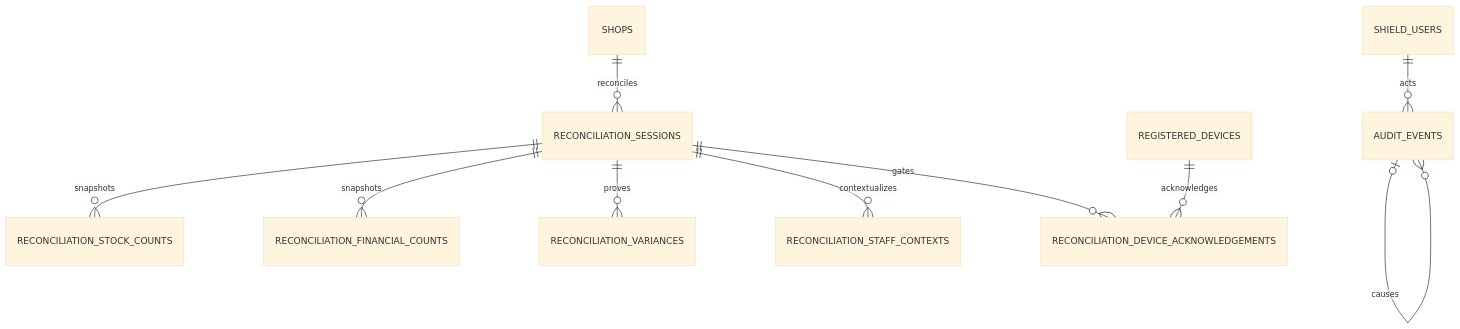
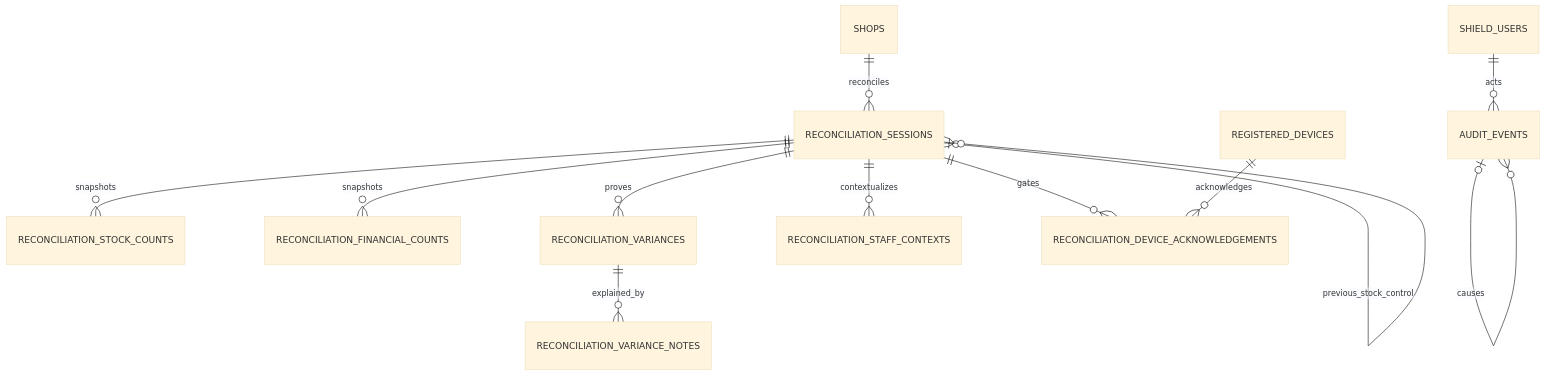
One commit to Al-siddiq/DawaTrack changed the fourth of 5 diagrams in docs/DawaTrack_Database_Schema_Design.md. Above: the diagram before and after it, drawn with Mermaid (base theme). The commit also changed other lines of this file, not shown here.

Commit message:
Refine database schema blueprint to v1.1

````diff
--- a/docs/DawaTrack_Database_Schema_Design.md
+++ b/docs/DawaTrack_Database_Schema_Design.md
@@ -865,12 +972,15 @@
 ```mermaid
 erDiagram
     SHOPS ||--o{ RECONCILIATION_SESSIONS : reconciles
     RECONCILIATION_SESSIONS ||--o{ RECONCILIATION_STOCK_COUNTS : snapshots
     RECONCILIATION_SESSIONS ||--o{ RECONCILIATION_FINANCIAL_COUNTS : snapshots
     RECONCILIATION_SESSIONS ||--o{ RECONCILIATION_VARIANCES : proves
+    RECONCILIATION_VARIANCES ||--o{ RECONCILIATION_VARIANCE_NOTES : explained_by
     RECONCILIATION_SESSIONS ||--o{ RECONCILIATION_STAFF_CONTEXTS : contextualizes
     RECONCILIATION_SESSIONS ||--o{ RECONCILIATION_DEVICE_ACKNOWLEDGEMENTS : gates
     REGISTERED_DEVICES ||--o{ RECONCILIATION_DEVICE_ACKNOWLEDGEMENTS : acknowledges
     SHIELD_USERS ||--o{ AUDIT_EVENTS : acts
     AUDIT_EVENTS o|--o{ AUDIT_EVENTS : causes
+    RECONCILIATION_SESSIONS o|--o{ RECONCILIATION_SESSIONS : previous_cash_control
+    RECONCILIATION_SESSIONS o|--o{ RECONCILIATION_SESSIONS : previous_stock_control
 ```
````
